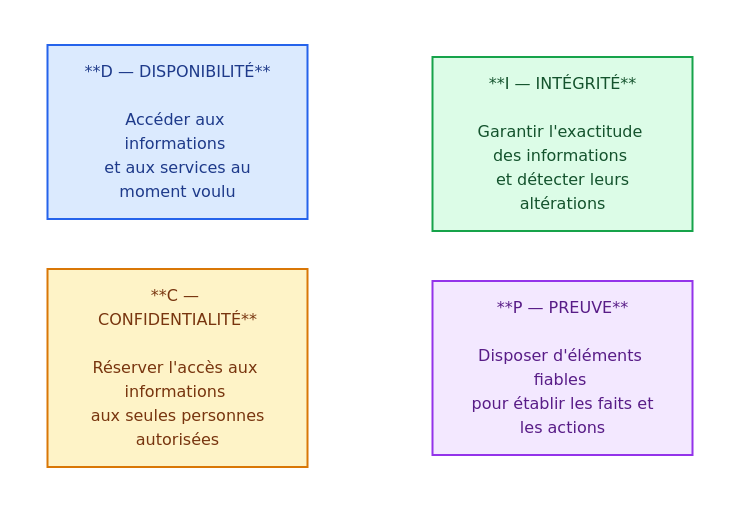
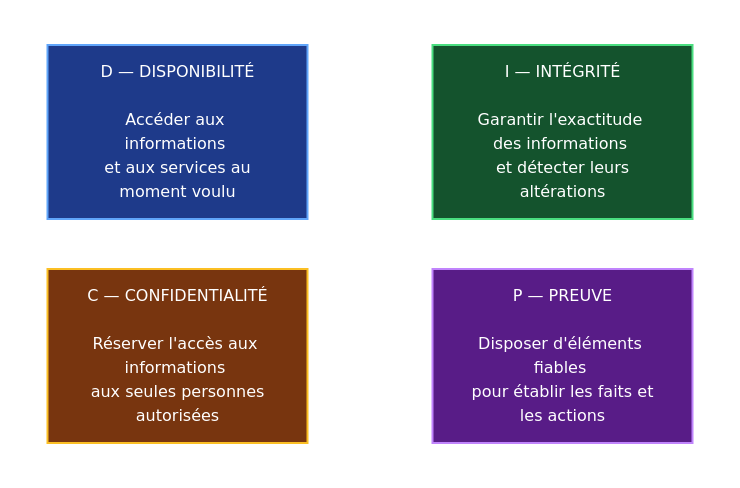
One commit to lmeryFulbert/SportLudique2026-2027 changed the first of 5 diagrams in docs/03-cybersecurite/00-cybersecurite.md. Above: the diagram before and after it, drawn with Mermaid (base theme). The commit also changed other lines of this file and 3 other files, not shown here.

Commit message:
adaptation schema mermaid

````diff
--- a/docs/03-cybersecurite/00-cybersecurite.md
+++ b/docs/03-cybersecurite/00-cybersecurite.md
@@ -19,23 +19,23 @@
 ```mermaid
 flowchart TB
 
     subgraph L2[" "]
         direction RL
-        I["**I — INTÉGRITÉ**<br/><br/>Garantir l'exactitude des informations <br/> et détecter leurs altérations"]
-        P["**P — PREUVE**<br/><br/>Disposer d'éléments fiables <br/> pour établir les faits et les actions"]
+        I["I — INTÉGRITÉ<br/><br/>Garantir l'exactitude des informations <br/> et détecter leurs altérations"]
+        P["P — PREUVE<br/><br/>Disposer d'éléments fiables <br/> pour établir les faits et les actions"]
     end
 
     subgraph L1[" "]
         direction RL
-        D["**D — DISPONIBILITÉ**<br/><br/>Accéder aux informations <br/> et aux services au moment voulu"]
-        C["**C — CONFIDENTIALITÉ**<br/><br/>Réserver l'accès aux informations <br/> aux seules personnes autorisées"]
+        D["D — DISPONIBILITÉ<br/><br/>Accéder aux informations <br/> et aux services au moment voulu"]
+        C["C — CONFIDENTIALITÉ<br/><br/>Réserver l'accès aux informations <br/> aux seules personnes autorisées"]
     end
 
     style L1 fill:none,stroke:none
     style L2 fill:none,stroke:none
 
-    style D fill:#dbeafe,stroke:#2563eb,color:#1e3a8a,stroke-width:2px
-    style I fill:#dcfce7,stroke:#16a34a,color:#14532d,stroke-width:2px
-    style C fill:#fef3c7,stroke:#d97706,color:#78350f,stroke-width:2px
-    style P fill:#f3e8ff,stroke:#9333ea,color:#581c87,stroke-width:2px
+    style D fill:#1e3a8a,stroke:#60a5fa,color:#ffffff,stroke-width:2px
+    style I fill:#14532d,stroke:#4ade80,color:#ffffff,stroke-width:2px
+    style C fill:#78350f,stroke:#fbbf24,color:#ffffff,stroke-width:2px
+    style P fill:#581c87,stroke:#c084fc,color:#ffffff,stroke-width:2px
 ```
````
